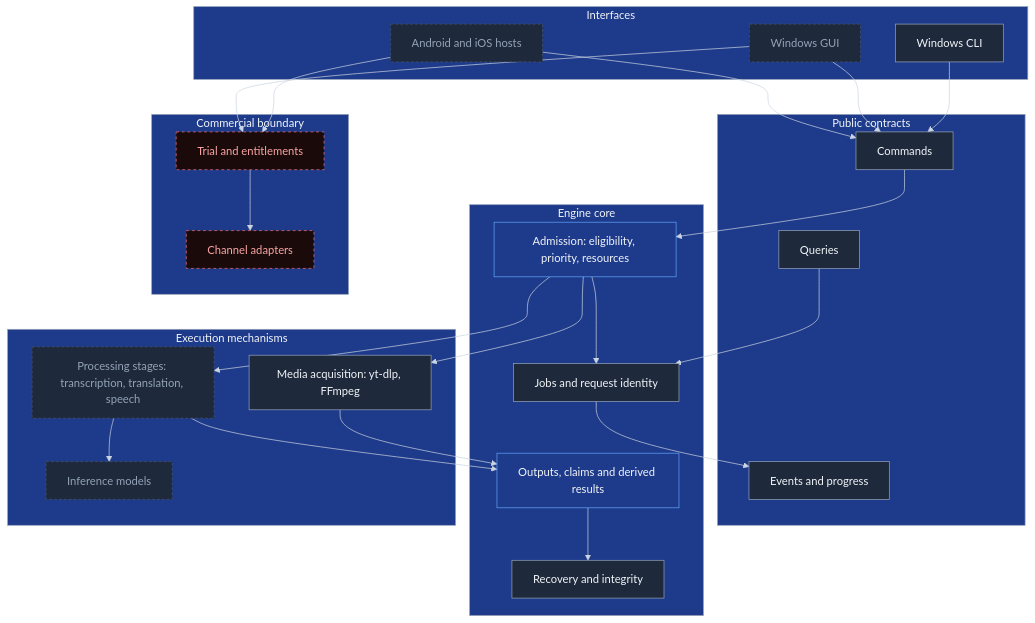
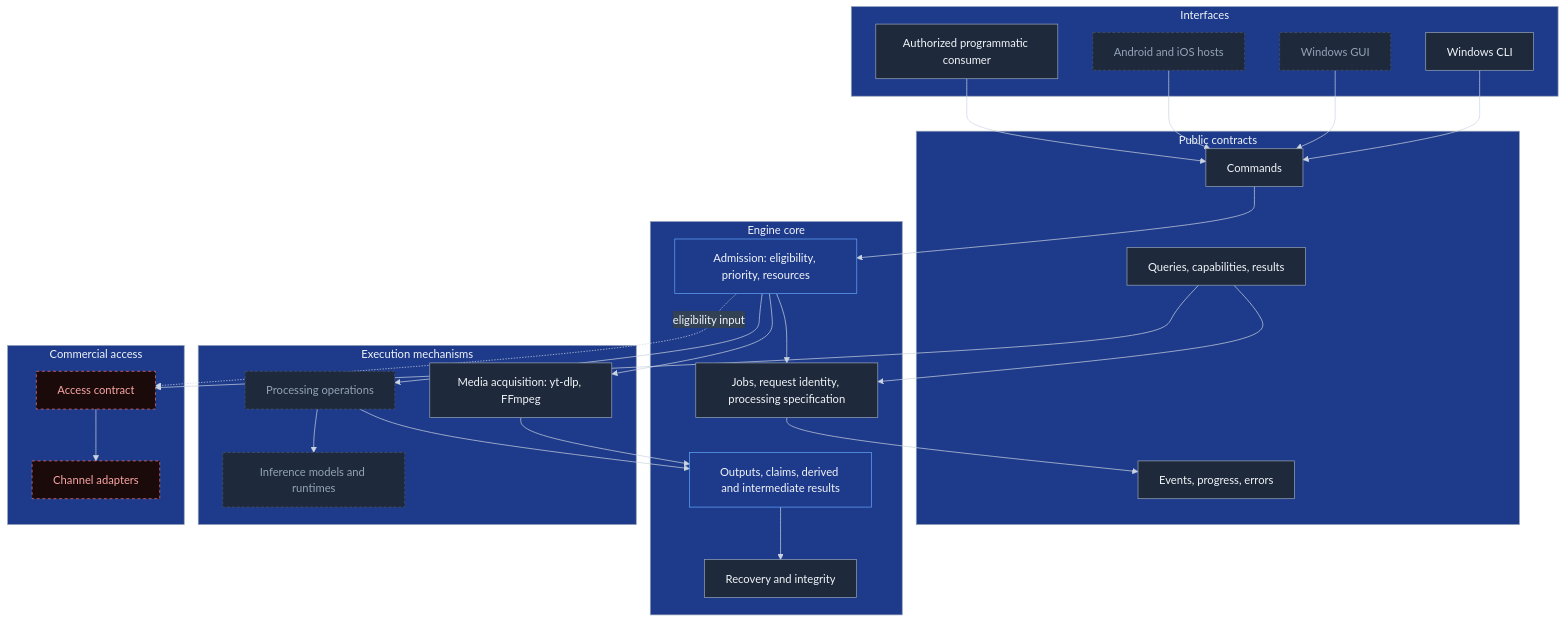
One commit to NestorMonroy/queued-media-downloader changed the fourth of 4 diagrams in doc/design/03-target-architecture-and-evolution.md. Above: the diagram before and after it, drawn with Mermaid. The commit also changed other lines of this file and 32 other files, not shown here.

````diff
--- a/doc/design/03-target-architecture-and-evolution.md
+++ b/doc/design/03-target-architecture-and-evolution.md
@@ -1677,68 +1681,70 @@
 ```mermaid
 ---
 config:
   theme: base
   darkMode: true
   themeVariables:
     background:         "#0f172a"
     primaryColor:       "#1e293b"
     primaryTextColor:   "#f1f5f9"
     primaryBorderColor: "#94a3b8"
     lineColor:          "#cbd5e1"
     secondaryColor:     "#334155"
     tertiaryColor:      "#1e3a8a"
     noteBkgColor:       "#1e3a8a"
     noteTextColor:      "#f1f5f9"
 ---
 flowchart TD
     subgraph Interfaces["Interfaces"]
         CommandLine["Windows CLI"]
         DesktopGui["Windows GUI"]
         MobileHosts["Android and iOS hosts"]
+        ProgrammaticConsumer["Authorized programmatic consumer"]
     end
     subgraph PublicContracts["Public contracts"]
         Commands["Commands"]
-        Queries["Queries"]
-        Observation["Events and progress"]
+        Queries["Queries, capabilities, results"]
+        Observation["Events, progress, errors"]
     end
     subgraph Core["Engine core"]
         Admission["Admission: eligibility, priority, resources"]
-        JobRegistry["Jobs and request identity"]
-        OutputRegistry["Outputs, claims and derived results"]
+        JobRegistry["Jobs, request identity, processing specification"]
+        OutputRegistry["Outputs, claims, derived and intermediate results"]
         Recovery["Recovery and integrity"]
     end
     subgraph Execution["Execution mechanisms"]
         MediaAcquisition["Media acquisition: yt-dlp, FFmpeg"]
-        Processing["Processing stages: transcription, translation, speech"]
-        ModelStore["Inference models"]
+        Processing["Processing operations"]
+        ModelStore["Inference models and runtimes"]
     end
-    subgraph Commercial["Commercial boundary"]
-        Entitlements["Trial and entitlements"]
+    subgraph Access["Commercial access"]
+        AccessContract["Access contract"]
         ChannelAdapters["Channel adapters"]
     end
     CommandLine --> Commands
     DesktopGui --> Commands
     MobileHosts --> Commands
+    ProgrammaticConsumer --> Commands
     Commands --> Admission
     Queries --> JobRegistry
     Admission --> JobRegistry
     Admission --> MediaAcquisition
     Admission --> Processing
     Processing --> ModelStore
     MediaAcquisition --> OutputRegistry
     Processing --> OutputRegistry
     OutputRegistry --> Recovery
     JobRegistry --> Observation
-    MobileHosts --> Entitlements
-    DesktopGui --> Entitlements
-    Entitlements --> ChannelAdapters
+    Admission -. "eligibility input" .-> AccessContract
+    Queries --> AccessContract
+    AccessContract --> ChannelAdapters
 
     classDef default fill:#1e293b,stroke:#94a3b8,stroke-width:1px,color:#f1f5f9
     classDef cluster fill:#1e3a8a,stroke:#94a3b8,stroke-width:1px,color:#f1f5f9
     classDef focal fill:#1e3a8a,stroke:#60a5fa,color:#f1f5f9
     classDef optional fill:#1e293b,stroke:#475569,stroke-dasharray:4 3,color:#94a3b8
     classDef security fill:#1a0a0a,stroke:#f87171,stroke-dasharray:4 4,color:#fca5a5
     class Admission,OutputRegistry focal
     class Processing,ModelStore,DesktopGui,MobileHosts optional
-    class Entitlements,ChannelAdapters security
+    class AccessContract,ChannelAdapters security
 ```
````
